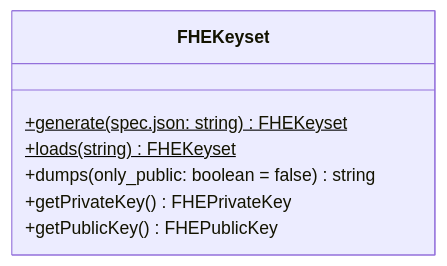
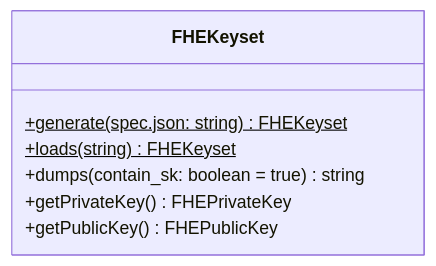
One commit to primus-labs/Aegis changed the second of 7 diagrams in docs/design/binding.md. Above: the diagram before and after it, drawn with Mermaid. The commit also changed 10 other files, not shown here.

````diff
--- a/docs/design/binding.md
+++ b/docs/design/binding.md
@@ -66,10 +66,10 @@
 ```mermaid {align="center"}
 classDiagram
   class FHEKeyset {
     +generate(spec.json: string) FHEKeyset$
     +loads(string) FHEKeyset$
-    +dumps(only_public: boolean = false) string
+    +dumps(contain_sk: boolean = true) string
     +getPrivateKey() FHEPrivateKey
     +getPublicKey() FHEPublicKey
   }
 ```
````
